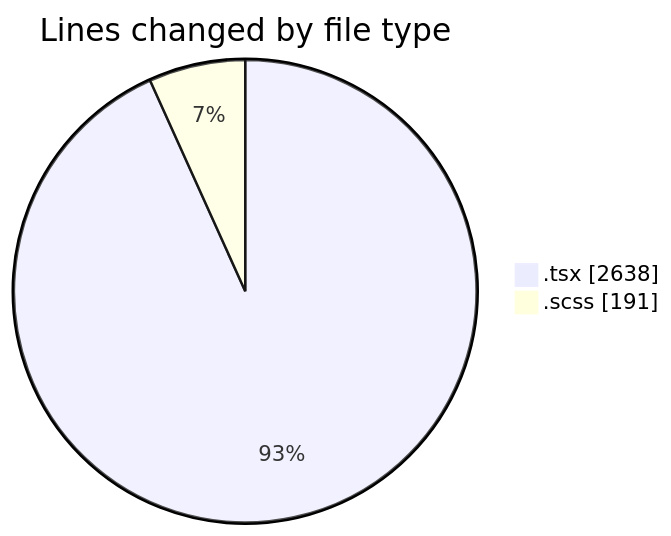
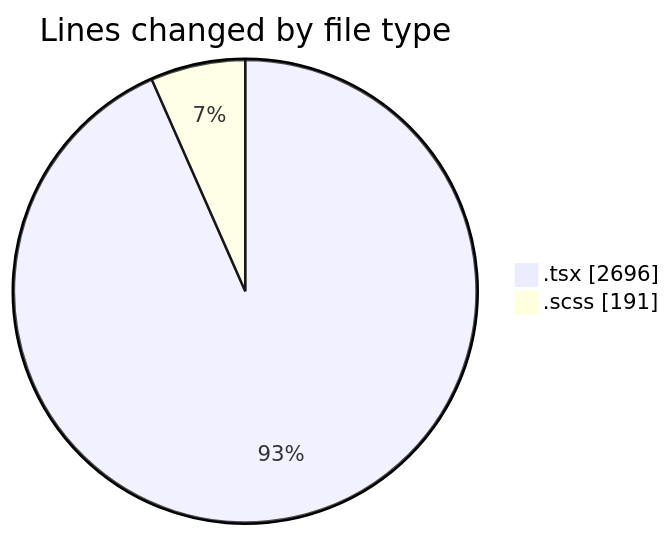
Before and after one commit to momahboobian/code-tracking: the first of 2 diagrams in 2025-04-04/cda/README.md, drawn with Mermaid. The commit also changed other lines of this file and 1 other file, not shown here.

````diff
--- a/2025-04-04/cda/README.md
+++ b/2025-04-04/cda/README.md
@@ -30,6 +30,6 @@
 ```mermaid
 pie showData
 title Lines changed by file type
-".tsx" : 2638
+".tsx" : 2696
 ".scss" : 191
 ```
````
